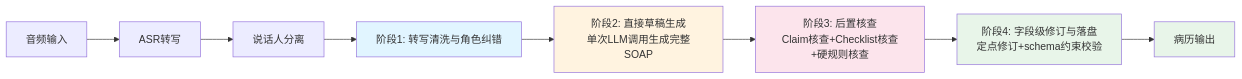
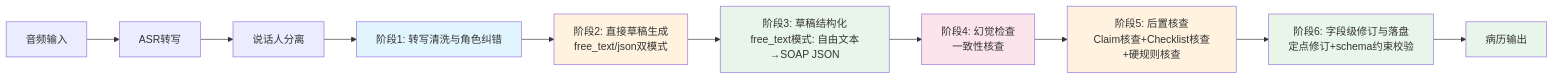
Diagram 24 of 26 in docs/architecture.md (LiGaohe/MedicalAssistant), drawn with Mermaid before and after one commit. The commit also changed other lines of this file and 52 other files, not shown here.

````diff
--- a/docs/architecture.md
+++ b/docs/architecture.md
@@ -1443,15 +1551,19 @@
 ```mermaid
 graph LR
     A[音频输入] --> B[ASR转写]
     B --> C[说话人分离]
     C --> D[阶段1: 转写清洗与角色纠错]
-    D --> E[阶段2: 直接草稿生成<br/>单次LLM调用生成完整SOAP]
-    E --> F[阶段3: 后置核查<br/>Claim核查+Checklist核查+硬规则核查]
-    F --> G[阶段4: 字段级修订与落盘<br/>定点修订+schema约束校验]
-    G --> H[病历输出]
+    D --> E[阶段2: 直接草稿生成<br/>free_text/json双模式]
+    E --> F[阶段3: 草稿结构化<br/>free_text模式: 自由文本→SOAP JSON]
+    F --> G[阶段4: 幻觉检查<br/>一致性核查]
+    G --> H[阶段5: 后置核查<br/>Claim核查+Checklist核查+硬规则核查]
+    H --> I[阶段6: 字段级修订与落盘<br/>定点修订+schema约束校验]
+    I --> J[病历输出]
     style D fill:#e1f5ff
     style E fill:#fff3e0
-    style F fill:#fce4ec
-    style G fill:#e8f5e9
-    style H fill:#e8f5e9
+    style F fill:#e8f5e9
+    style G fill:#fce4ec
+    style H fill:#fff3e0
+    style I fill:#e8f5e9
+    style J fill:#e8f5e9
 ```
````
